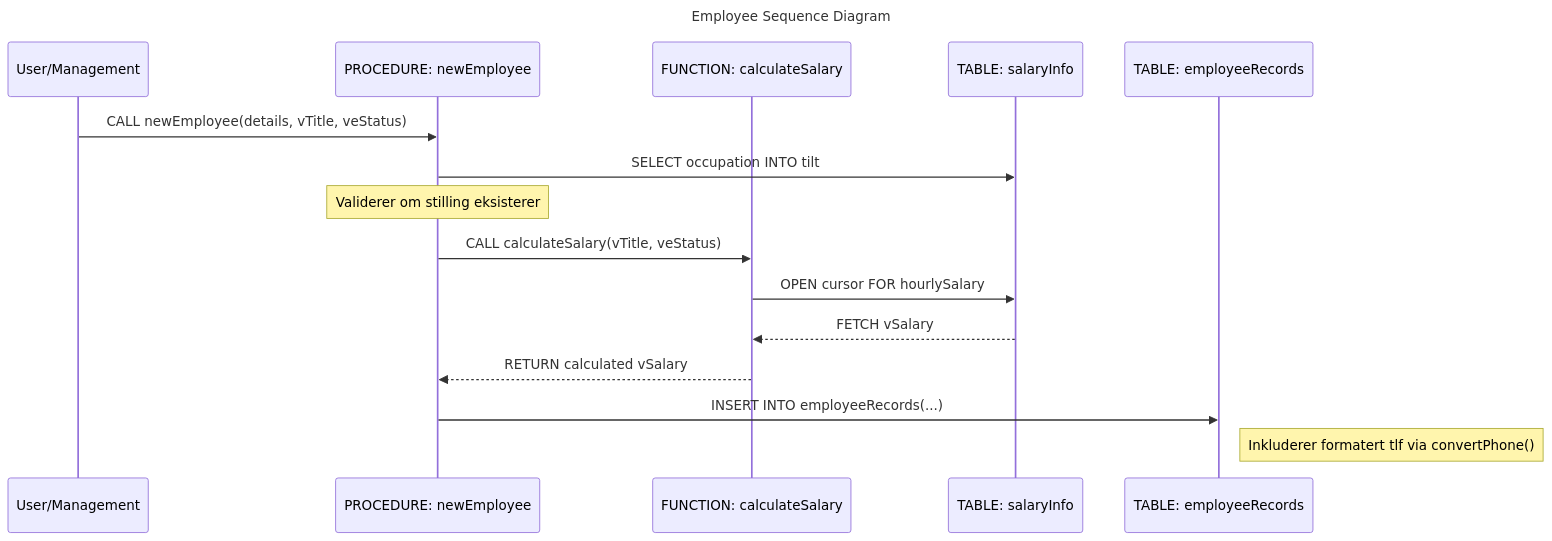
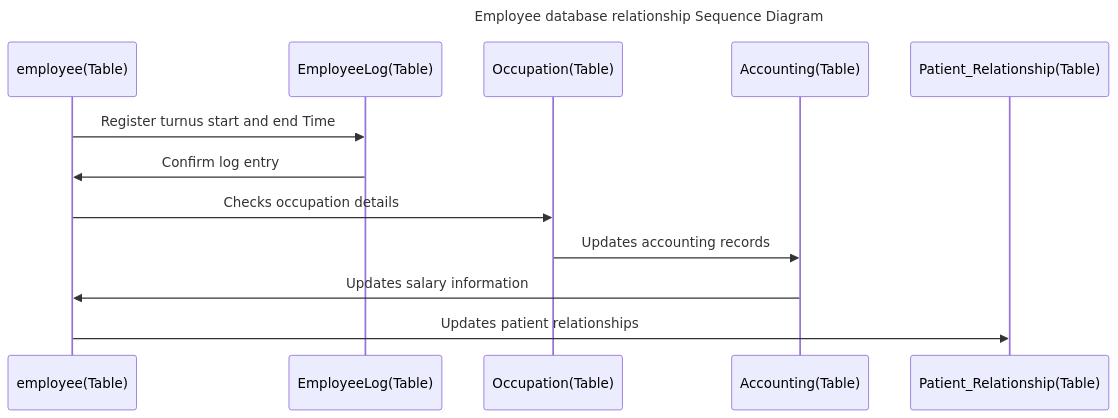
One commit to krigjo25/database-MedicareSys-mariadb changed the diagram in employeement/docs/employee-sequencediagram.md. Above: the diagram before and after it, drawn with Mermaid. The commit also changed 8 other files, not shown here.

Commit message:
docs: Updating diagrams.

````diff
--- a/employeement/docs/employee-sequencediagram.md
+++ b/employeement/docs/employee-sequencediagram.md
@@ -1,24 +1,18 @@
 ```mermaid
 ---
-title: "Employee Sequence Diagram"
+title: "Employee database relationship Sequence Diagram"
 ---
 sequenceDiagram
-    participant Admin as User/Management
-    participant Proc as PROCEDURE: newEmployee
-    participant Func as FUNCTION: calculateSalary
-    participant SI as TABLE: salaryInfo
-    participant ER as TABLE: employeeRecords
+    participant EMP as employee(Table)
+    participant ELOG as EmployeeLog(Table)
+    participant OCC as Occupation(Table)
+    participant ACC as Accounting(Table)
+    participant PR as Patient_Relationship(Table)
 
-    Admin->>Proc: CALL newEmployee(details, vTitle, veStatus)
-    
-    Proc->>SI: SELECT occupation INTO tilt
-    Note over Proc: Validerer om stilling eksisterer
-    
-    Proc->>Func: CALL calculateSalary(vTitle, veStatus)
-    Func->>SI: OPEN cursor FOR hourlySalary
-    SI-->>Func: FETCH vSalary
-    Func-->>Proc: RETURN calculated vSalary
-    
-    Proc->>ER: INSERT INTO employeeRecords(...)
-    Note right of ER: Inkluderer formatert tlf via convertPhone()
+    EMP->>ELOG: Register  turnus start and end Time
+    ELOG->>EMP: Confirm log entry
+    EMP->>OCC: Checks occupation details
+    OCC->>ACC: Updates accounting records
+    ACC->>EMP: Updates salary information
+    EMP->>PR: Updates patient relationships
 ```
````
